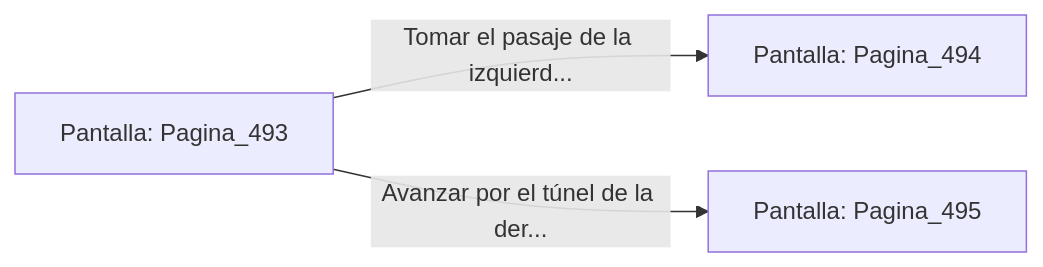
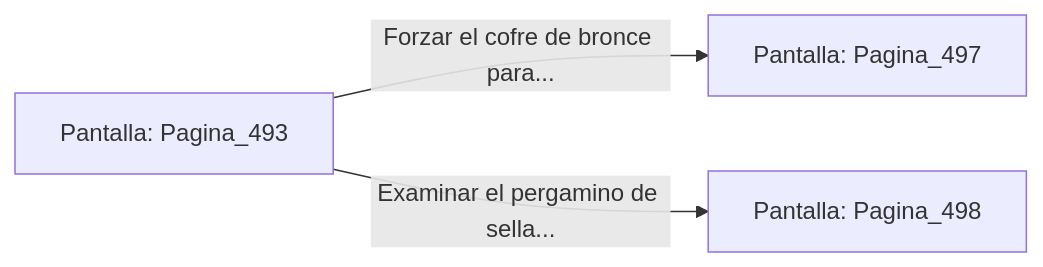
One commit to metsuke/mpl changed the diagram in sample/eligejuego-vault/Pantalla_Pagina_493.md. Above: the diagram before and after it, drawn with Mermaid. The commit also changed other lines of this file and 635 other files, not shown here.

First line of the commit message:
fix: añadir Pagina_1 como pantalla inicial en capitulo_01.mpl

````diff
--- a/sample/eligejuego-vault/Pantalla_Pagina_493.md
+++ b/sample/eligejuego-vault/Pantalla_Pagina_493.md
@@ -20,6 +24,6 @@
 ```mermaid
 graph LR
     P_Pagina_493["Pantalla: Pagina_493"]
-    P_Pagina_493 -->|"Tomar el pasaje de la izquierd..."| P_Pagina_494["Pantalla: Pagina_494"]
-    P_Pagina_493 -->|"Avanzar por el túnel de la der..."| P_Pagina_495["Pantalla: Pagina_495"]
+    P_Pagina_493 -->|"Forzar el cofre de bronce para..."| P_Pagina_497["Pantalla: Pagina_497"]
+    P_Pagina_493 -->|"Examinar el pergamino de sella..."| P_Pagina_498["Pantalla: Pagina_498"]
 ```
````
